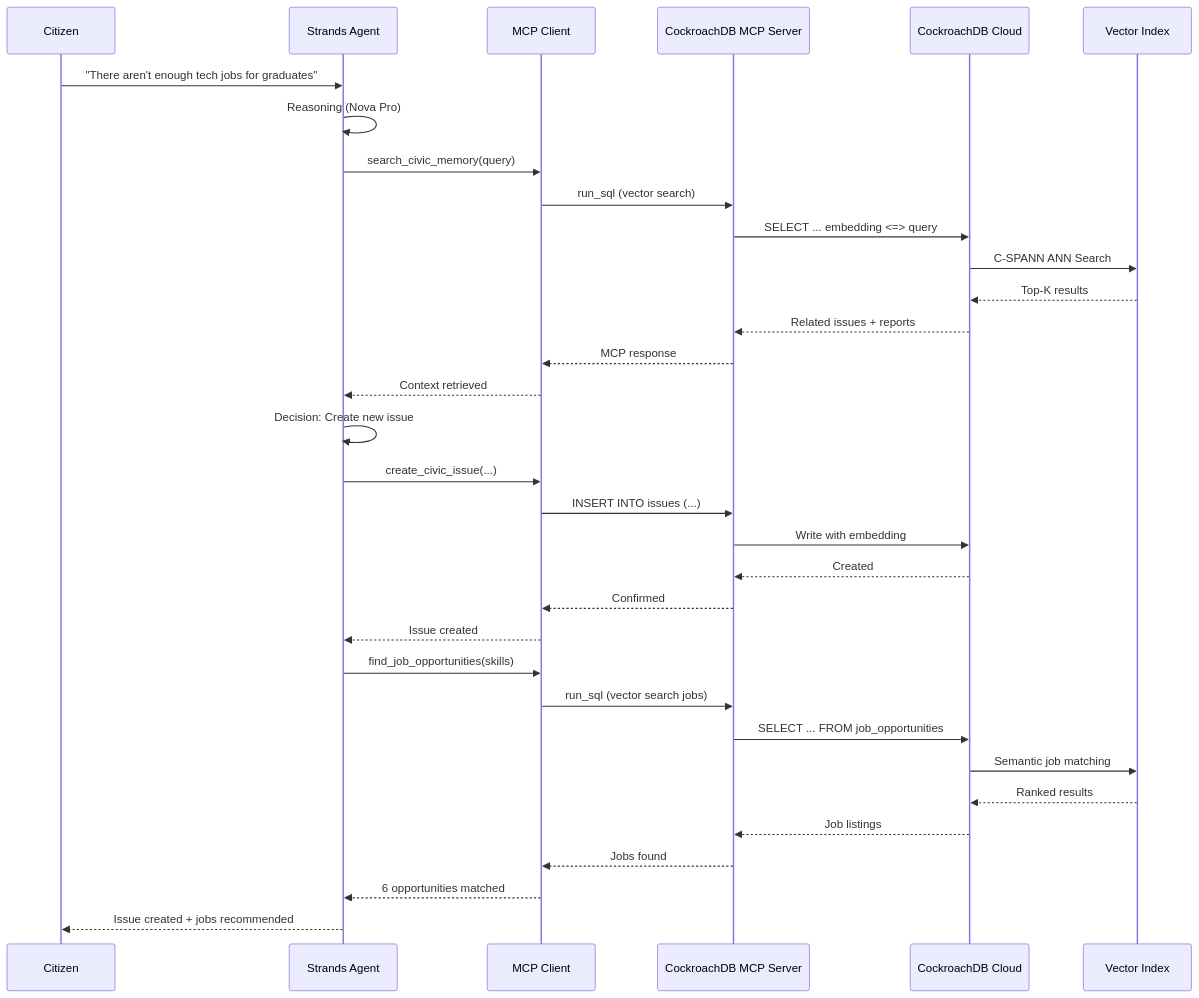
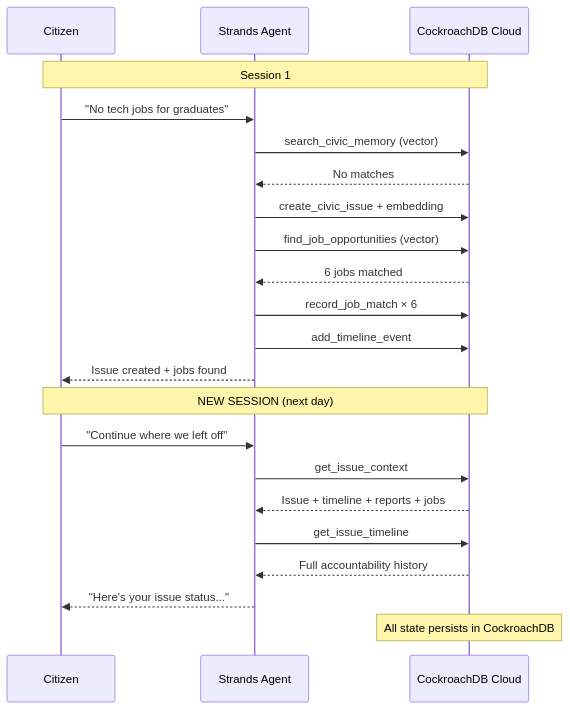
The third of 5 diagrams in docs/architecture-diagram.md (dineshrajdhanapathyDD/cjp-Civic-Journey-Platform), drawn with Mermaid before and after one commit. The commit also changed other lines of this file and 2 other files, not shown here.

First line of the commit message:
docs: update README with live URL, full hackathon evidence, and updated diagrams

````diff
--- a/docs/architecture-diagram.md
+++ b/docs/architecture-diagram.md
@@ -132,39 +94,27 @@
 ```mermaid
 sequenceDiagram
     participant U as Citizen
     participant A as Strands Agent
-    participant M as MCP Client
-    participant S as CockroachDB MCP Server
-    participant D as CockroachDB Cloud
-    participant V as Vector Index
+    participant DB as CockroachDB Cloud
 
-    U->>A: "There aren't enough tech jobs for graduates"
-    A->>A: Reasoning (Nova Pro)
-    A->>M: search_civic_memory(query)
-    M->>S: run_sql (vector search)
-    S->>D: SELECT ... embedding <=> query
-    D->>V: C-SPANN ANN Search
-    V-->>D: Top-K results
-    D-->>S: Related issues + reports
-    S-->>M: MCP response
-    M-->>A: Context retrieved
+    Note over U,DB: Session 1
+    U->>A: "No tech jobs for graduates"
+    A->>DB: search_civic_memory (vector)
+    DB-->>A: No matches
+    A->>DB: create_civic_issue + embedding
+    A->>DB: find_job_opportunities (vector)
+    DB-->>A: 6 jobs matched
+    A->>DB: record_job_match × 6
+    A->>DB: add_timeline_event
+    A-->>U: Issue created + jobs found
 
-    A->>A: Decision: Create new issue
-    A->>M: create_civic_issue(...)
-    M->>S: INSERT INTO issues (...)
-    S->>D: Write with embedding
-    D-->>S: Created
-    S-->>M: Confirmed
-    M-->>A: Issue created
+    Note over U,DB: NEW SESSION (next day)
+    U->>A: "Continue where we left off"
+    A->>DB: get_issue_context
+    DB-->>A: Issue + timeline + reports + jobs
+    A->>DB: get_issue_timeline
+    DB-->>A: Full accountability history
+    A-->>U: "Here's your issue status..."
 
-    A->>M: find_job_opportunities(skills)
-    M->>S: run_sql (vector search jobs)
-    S->>D: SELECT ... FROM job_opportunities
-    D->>V: Semantic job matching
-    V-->>D: Ranked results
-    D-->>S: Job listings
-    S-->>M: Jobs found
-    M-->>A: 6 opportunities matched
-
-    A-->>U: Issue created + jobs recommended
+    Note over DB: All state persists in CockroachDB
 ```
````
